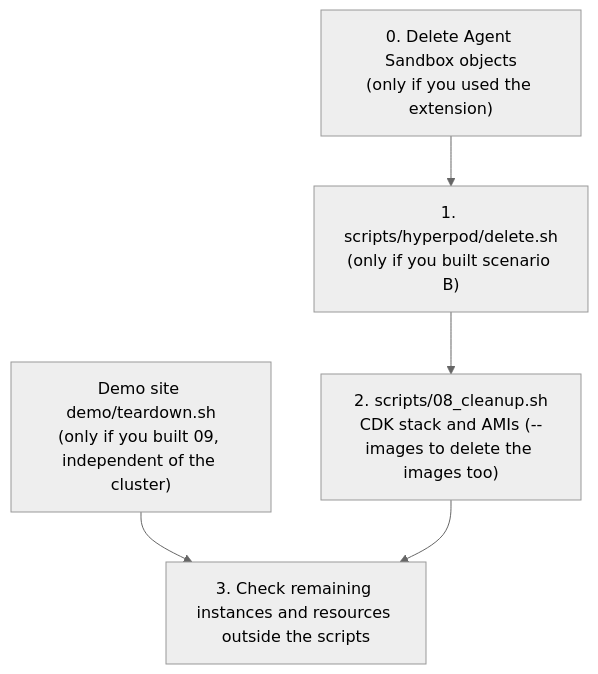
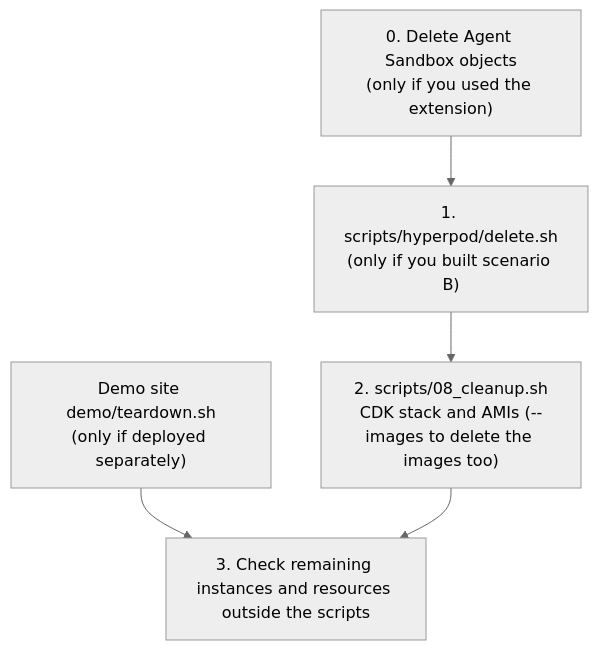
One commit to daekeun-ml/gpu-sandbox-on-aws changed the diagram in docs/handson/99_cleanup.en.md. Above: the diagram before and after it, drawn with Mermaid (neutral theme). The commit also changed other lines of this file and 109 other files, not shown here.

````diff
--- a/docs/handson/99_cleanup.en.md
+++ b/docs/handson/99_cleanup.en.md
@@ -34,7 +34,7 @@
 ```mermaid
 flowchart TD
     X["0. Delete Agent Sandbox objects<br/>(only if you used the extension)"] --> A["1. scripts/hyperpod/delete.sh<br/>(only if you built scenario B)"]
     A --> B["2. scripts/08_cleanup.sh<br/>CDK stack and AMIs (--images to delete the images too)"]
-    D["Demo site demo/teardown.sh<br/>(only if you built 09, independent of the cluster)"] --> C
+    D["Demo site demo/teardown.sh<br/>(only if deployed separately)"] --> C
     B --> C["3. Check remaining instances and resources outside the scripts"]
 ```
````
